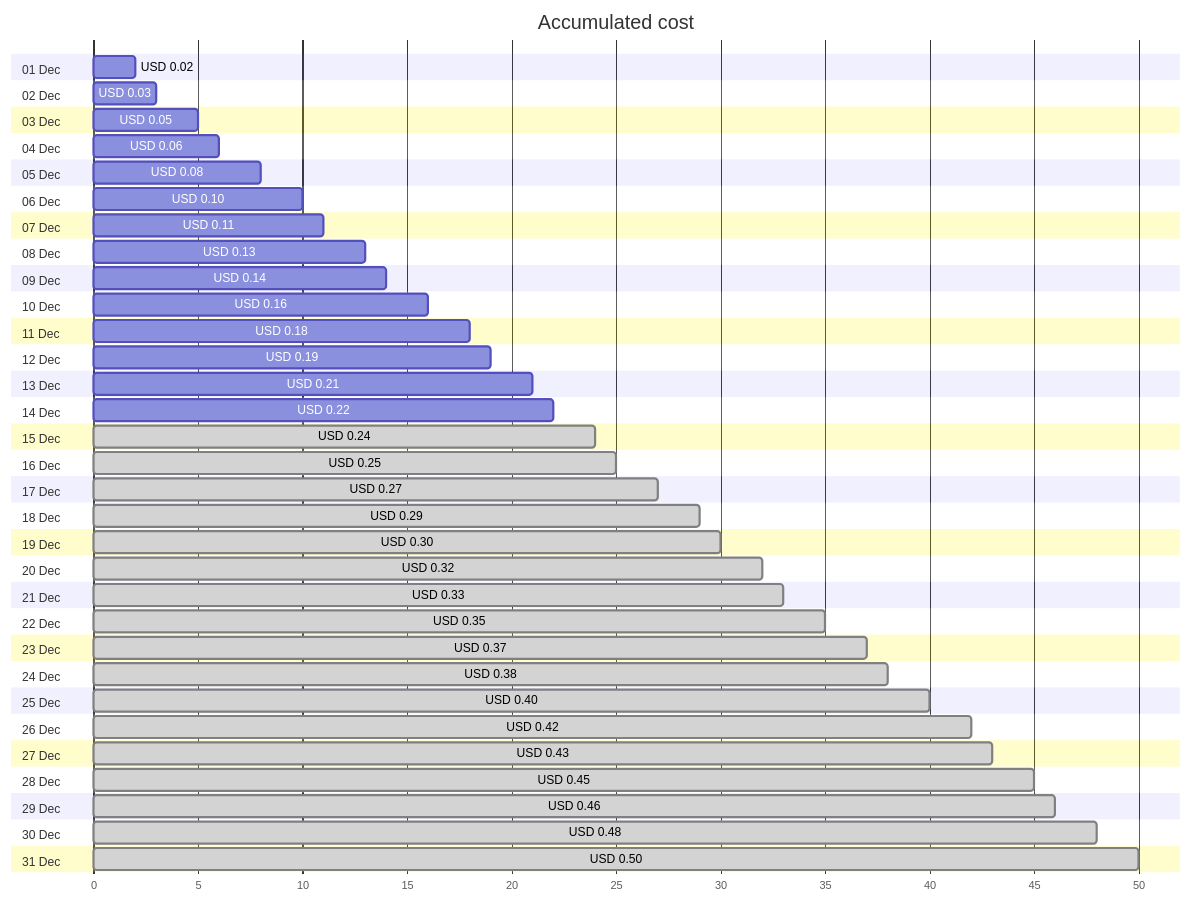
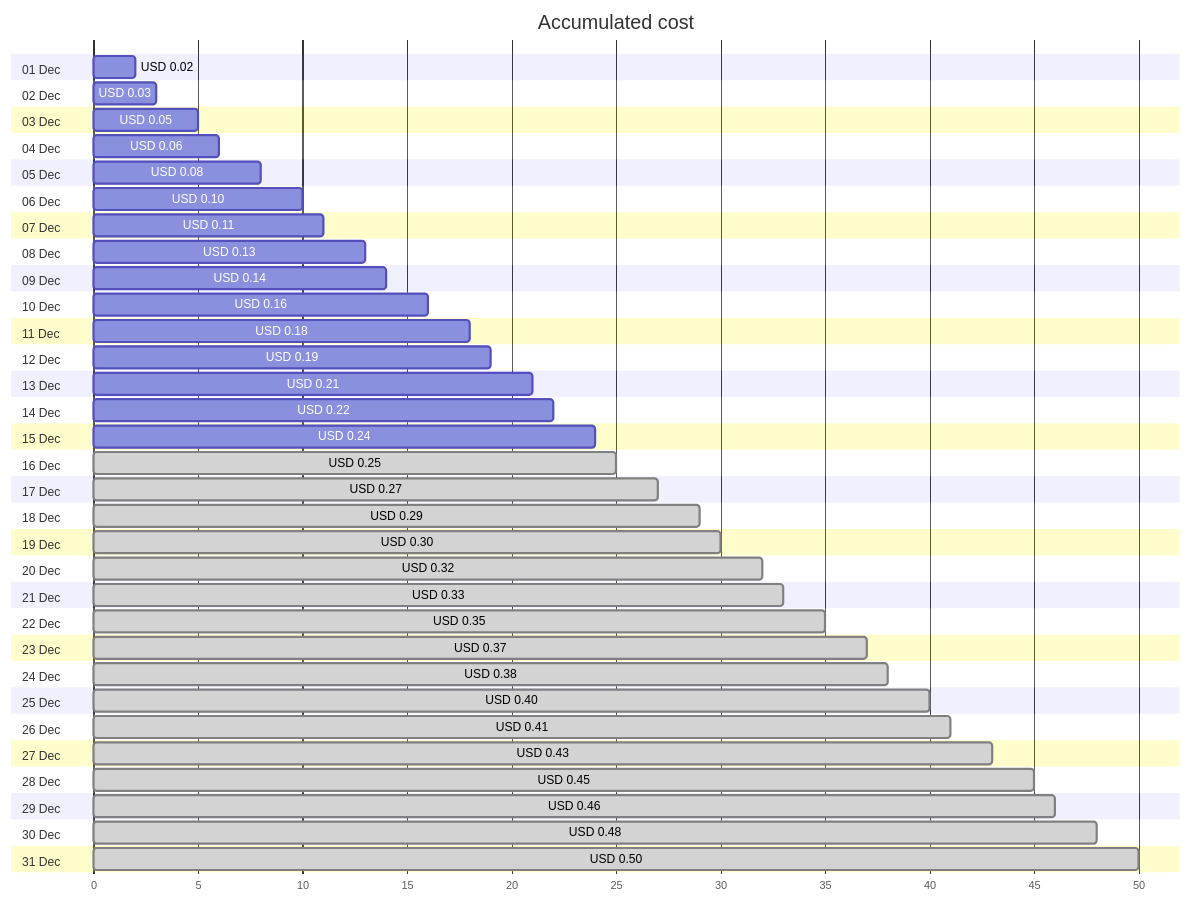
The first of 4 diagrams in cost-reports/personal-network/private.jpatrickfulton.com.md (jpfulton/azure-personal-reports), drawn with Mermaid before and after one commit. The commit also changed other lines of this file and 8 other files, not shown here.

````diff
--- a/cost-reports/personal-network/private.jpatrickfulton.com.md
+++ b/cost-reports/personal-network/private.jpatrickfulton.com.md
@@ -20,68 +20,68 @@
 ```mermaid
 gantt
    title Accumulated cost
    dateFormat  X
    axisFormat %s
    section 01 Dec
    USD 0.02 :0, 2
    section 02 Dec
    USD 0.03 :0, 3
    section 03 Dec
    USD 0.05 :0, 5
    section 04 Dec
    USD 0.06 :0, 6
    section 05 Dec
    USD 0.08 :0, 8
    section 06 Dec
    USD 0.10 :0, 10
    section 07 Dec
    USD 0.11 :0, 11
    section 08 Dec
    USD 0.13 :0, 13
    section 09 Dec
    USD 0.14 :0, 14
    section 10 Dec
    USD 0.16 :0, 16
    section 11 Dec
    USD 0.18 :0, 18
    section 12 Dec
    USD 0.19 :0, 19
    section 13 Dec
    USD 0.21 :0, 21
    section 14 Dec
    USD 0.22 :0, 22
    section 15 Dec
-   USD 0.24 : done, 0, 24
+   USD 0.24 :0, 24
    section 16 Dec
    USD 0.25 : done, 0, 25
    section 17 Dec
    USD 0.27 : done, 0, 27
    section 18 Dec
    USD 0.29 : done, 0, 29
    section 19 Dec
    USD 0.30 : done, 0, 30
    section 20 Dec
    USD 0.32 : done, 0, 32
    section 21 Dec
    USD 0.33 : done, 0, 33
    section 22 Dec
    USD 0.35 : done, 0, 35
    section 23 Dec
    USD 0.37 : done, 0, 37
    section 24 Dec
    USD 0.38 : done, 0, 38
    section 25 Dec
    USD 0.40 : done, 0, 40
    section 26 Dec
-   USD 0.42 : done, 0, 42
+   USD 0.41 : done, 0, 41
    section 27 Dec
    USD 0.43 : done, 0, 43
    section 28 Dec
    USD 0.45 : done, 0, 45
    section 29 Dec
    USD 0.46 : done, 0, 46
    section 30 Dec
    USD 0.48 : done, 0, 48
    section 31 Dec
    USD 0.50 : done, 0, 50
 ```
````
